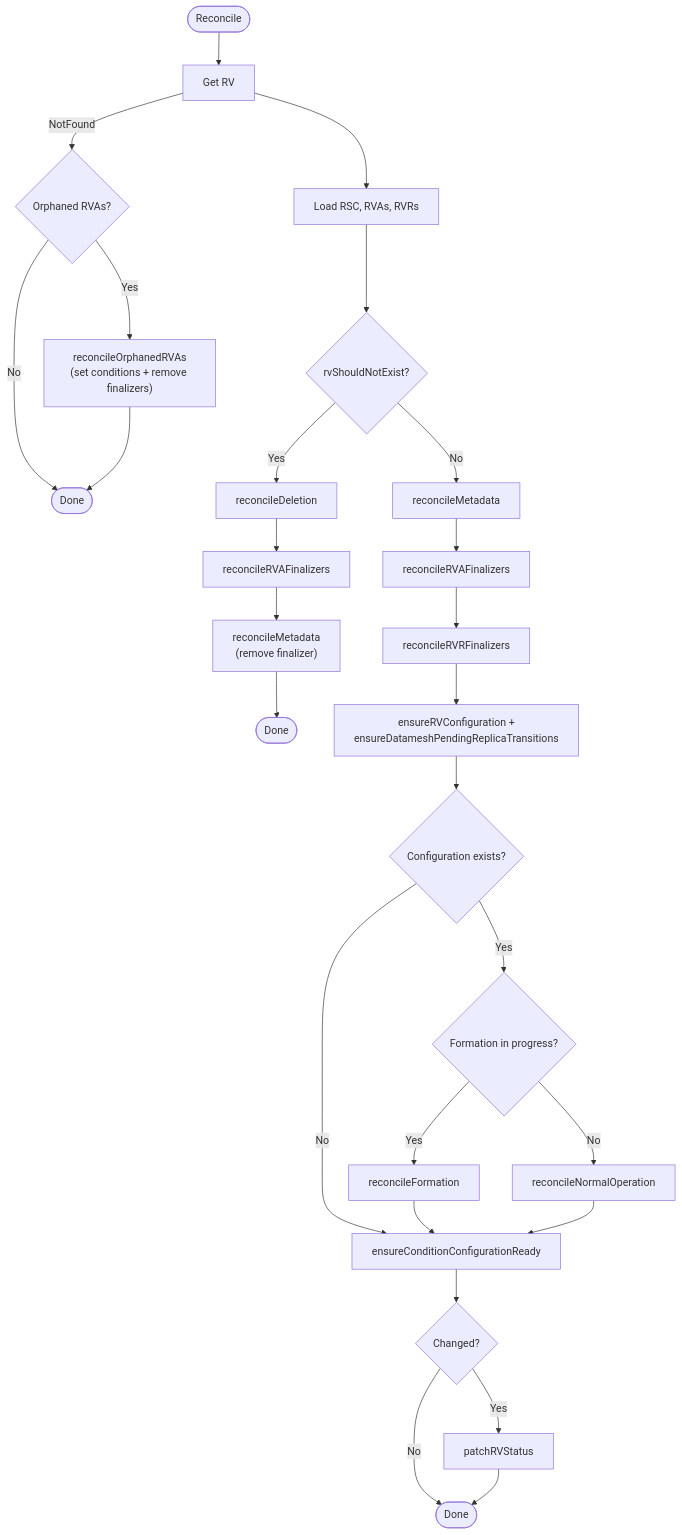
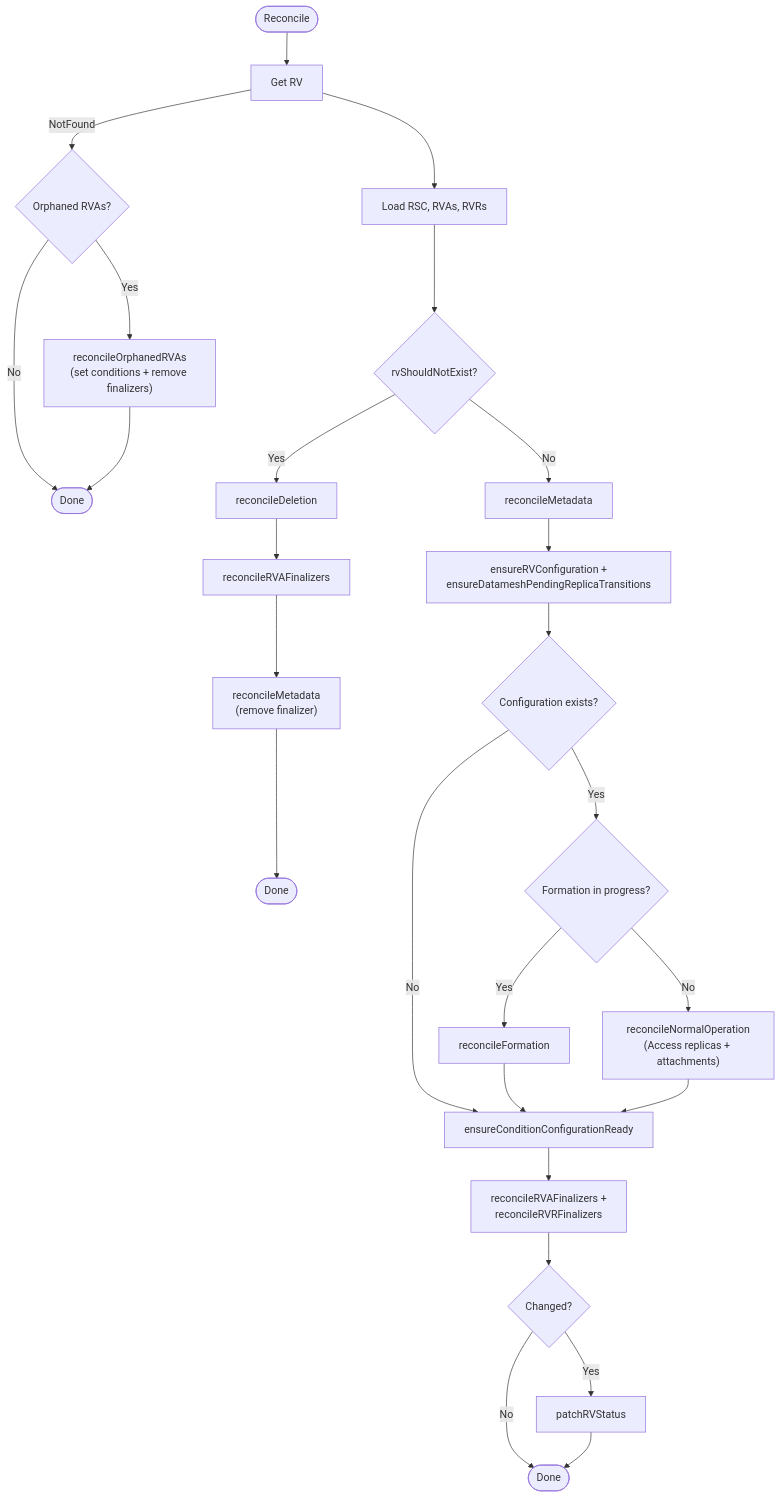
The first of 12 diagrams in images/controller/internal/controllers/rv_controller/README.md (deckhouse/sds-replicated-volume), drawn with Mermaid before and after one commit. The commit also changed other lines of this file and 17 other files, not shown here.

````diff
--- a/images/controller/internal/controllers/rv_controller/README.md
+++ b/images/controller/internal/controllers/rv_controller/README.md
@@ -119,35 +133,34 @@
 ```mermaid
 flowchart TD
     Start([Reconcile]) --> GetRV[Get RV]
     GetRV -->|NotFound| CheckOrphanedRVAs{Orphaned RVAs?}
     CheckOrphanedRVAs -->|No| Done1([Done])
     CheckOrphanedRVAs -->|Yes| OrphanedRVAs["reconcileOrphanedRVAs<br/>(set conditions + remove finalizers)"]
     OrphanedRVAs --> Done1
     GetRV --> LoadDeps[Load RSC, RVAs, RVRs]
 
     LoadDeps --> CheckDelete{rvShouldNotExist?}
     CheckDelete -->|Yes| Deletion[reconcileDeletion]
     Deletion --> RVAFinDel[reconcileRVAFinalizers]
     RVAFinDel --> MetaDel["reconcileMetadata<br/>(remove finalizer)"]
     MetaDel --> Done3([Done])
 
     CheckDelete -->|No| Meta[reconcileMetadata]
-    Meta --> RVAFin[reconcileRVAFinalizers]
-    RVAFin --> RVRFin[reconcileRVRFinalizers]
-    RVRFin --> EnsureConfig[ensureRVConfiguration +<br/>ensureDatameshPendingReplicaTransitions]
+    Meta --> EnsureConfig["ensureRVConfiguration +<br/>ensureDatameshPendingReplicaTransitions"]
     EnsureConfig --> CheckConfig{Configuration exists?}
     CheckConfig -->|No| Conditions
 
     CheckConfig -->|Yes| CheckForming{Formation in progress?}
     CheckForming -->|Yes| Formation[reconcileFormation]
-    CheckForming -->|No| NormalOp[reconcileNormalOperation]
+    CheckForming -->|No| NormalOp["reconcileNormalOperation<br/>(Access replicas + attachments)"]
 
     Formation --> Conditions
     NormalOp --> Conditions
 
     Conditions[ensureConditionConfigurationReady]
-    Conditions --> PatchDecision{Changed?}
+    Conditions --> Finalizers["reconcileRVAFinalizers +<br/>reconcileRVRFinalizers"]
+    Finalizers --> PatchDecision{Changed?}
     PatchDecision -->|Yes| Patch[patchRVStatus]
     PatchDecision -->|No| EndNode([Done])
     Patch --> EndNode
 ```
````
